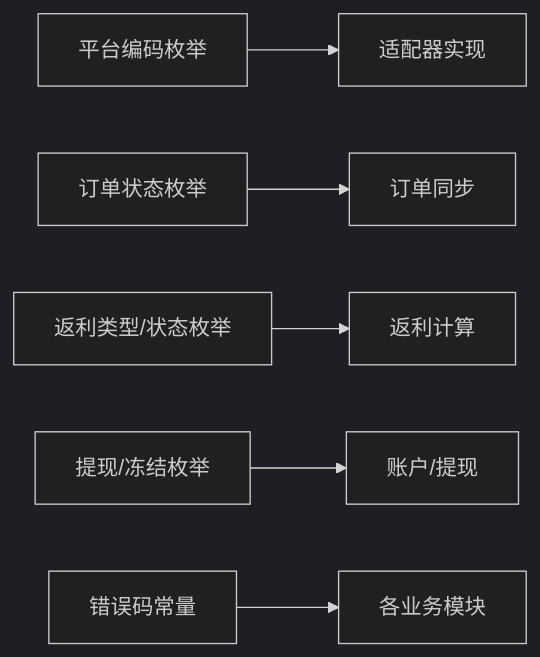
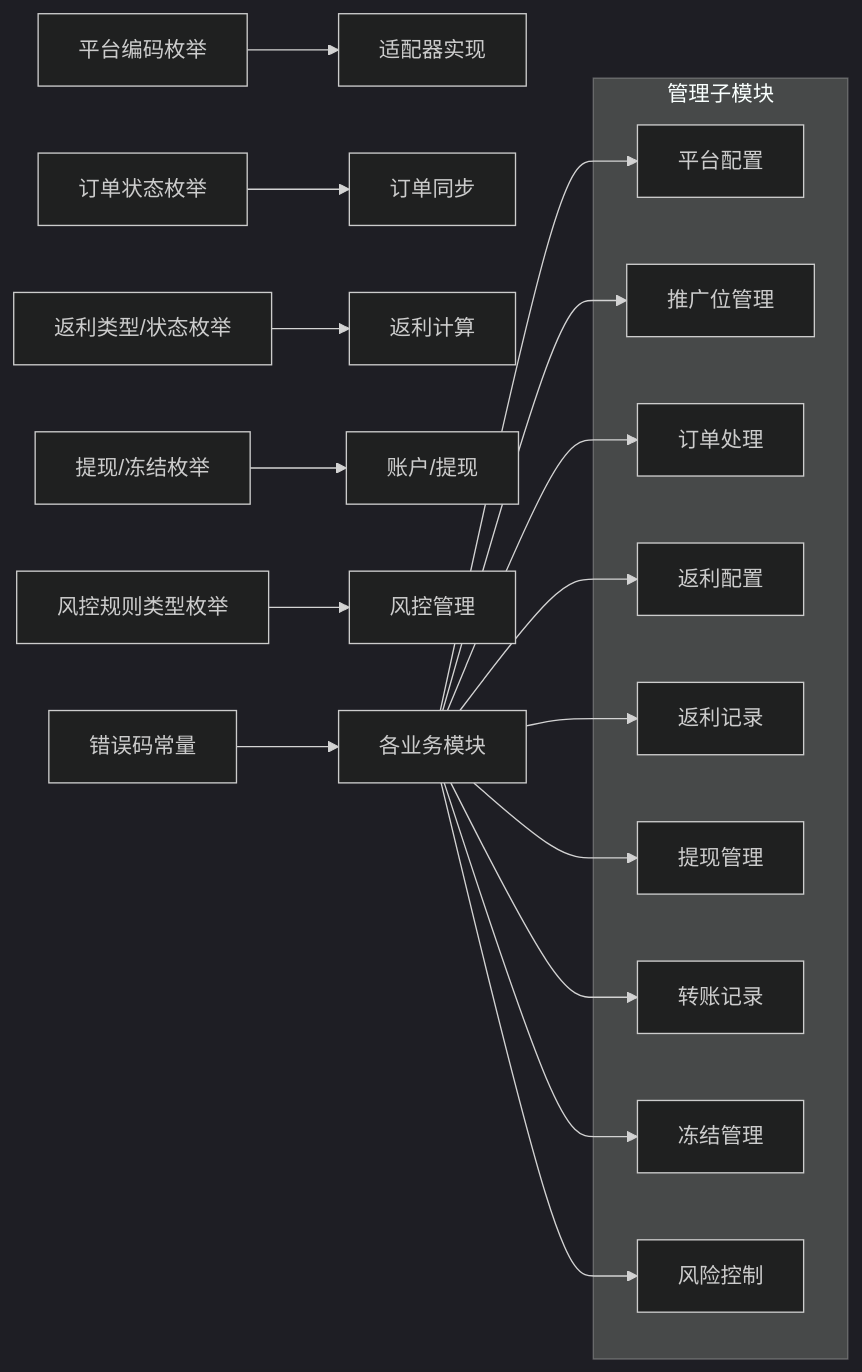
One commit to zhuangpengLI/AgenticCPS changed the eighth of 8 diagrams in .qoder/repowiki/zh/content/后端服务架构/业务模块概览/CPS业务模块/CPS业务模块.md. Above: the diagram before and after it, drawn with Mermaid (dark theme). The commit also changed other lines of this file and 42 other files, not shown here.

````diff
--- a/.qoder/repowiki/zh/content/后端服务架构/业务模块概览/CPS业务模块/CPS业务模块.md
+++ b/.qoder/repowiki/zh/content/后端服务架构/业务模块概览/CPS业务模块/CPS业务模块.md
@@ -307,8 +550,29 @@
 ```mermaid
 graph LR
 Enum_Platform["平台编码枚举"] --> Biz_Adapter["适配器实现"]
 Enum_Order["订单状态枚举"] --> Biz_Sync["订单同步"]
 Enum_Rebate["返利类型/状态枚举"] --> Biz_Calc["返利计算"]
 Enum_Withdraw["提现/冻结枚举"] --> Biz_Wallet["账户/提现"]
+Enum_Risk["风控规则类型枚举"] --> Biz_Risk["风控管理"]
 Enum_Error["错误码常量"] --> Biz_All["各业务模块"]
+subgraph "管理子模块"
+PlatformConfig["平台配置"]
+AdzoneManage["推广位管理"]
+OrderProcess["订单处理"]
+RebateConfig["返利配置"]
+RebateRecord["返利记录"]
+WithdrawManage["提现管理"]
+TransferRecord["转账记录"]
+FreezeManage["冻结管理"]
+RiskControl["风险控制"]
+end
+Biz_All --> PlatformConfig
+Biz_All --> AdzoneManage
+Biz_All --> OrderProcess
+Biz_All --> RebateConfig
+Biz_All --> RebateRecord
+Biz_All --> WithdrawManage
+Biz_All --> TransferRecord
+Biz_All --> FreezeManage
+Biz_All --> RiskControl
 ```
````
